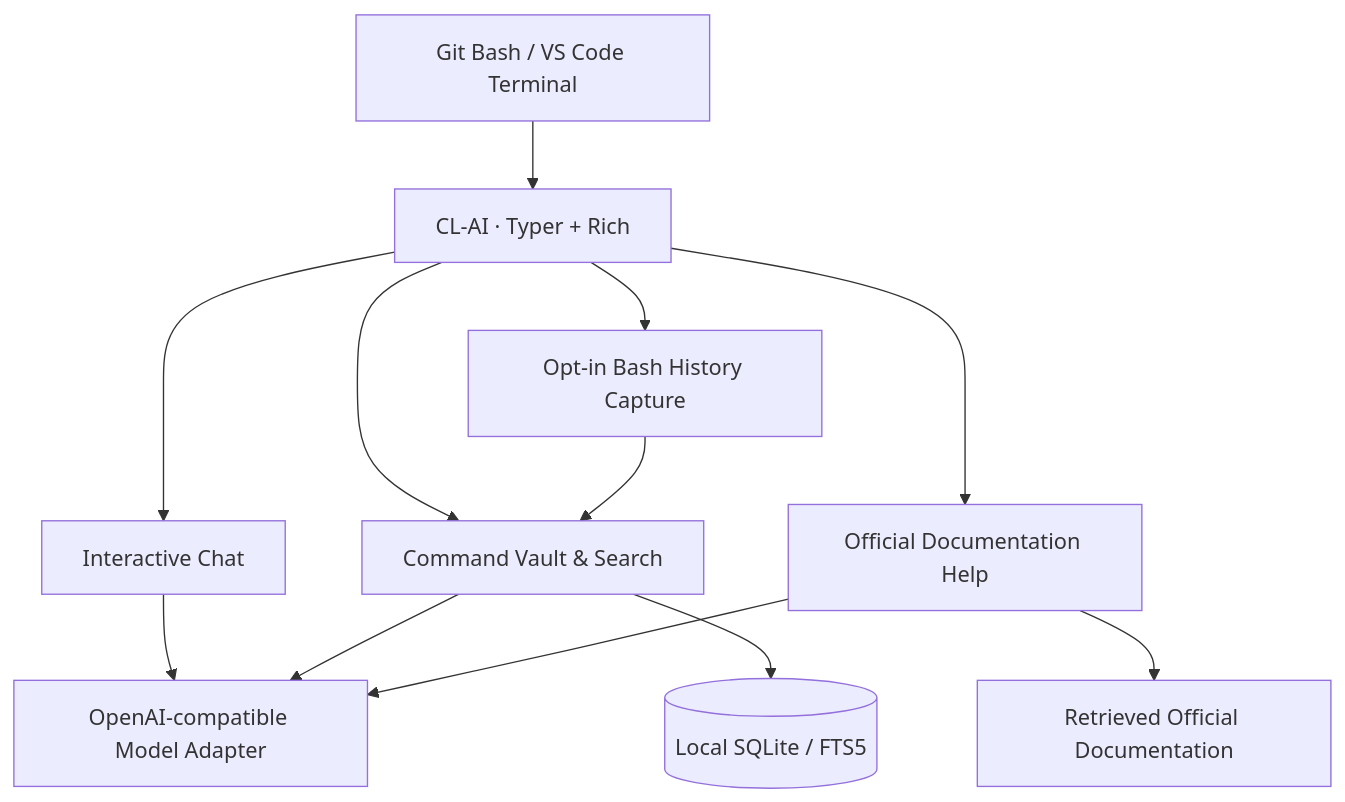
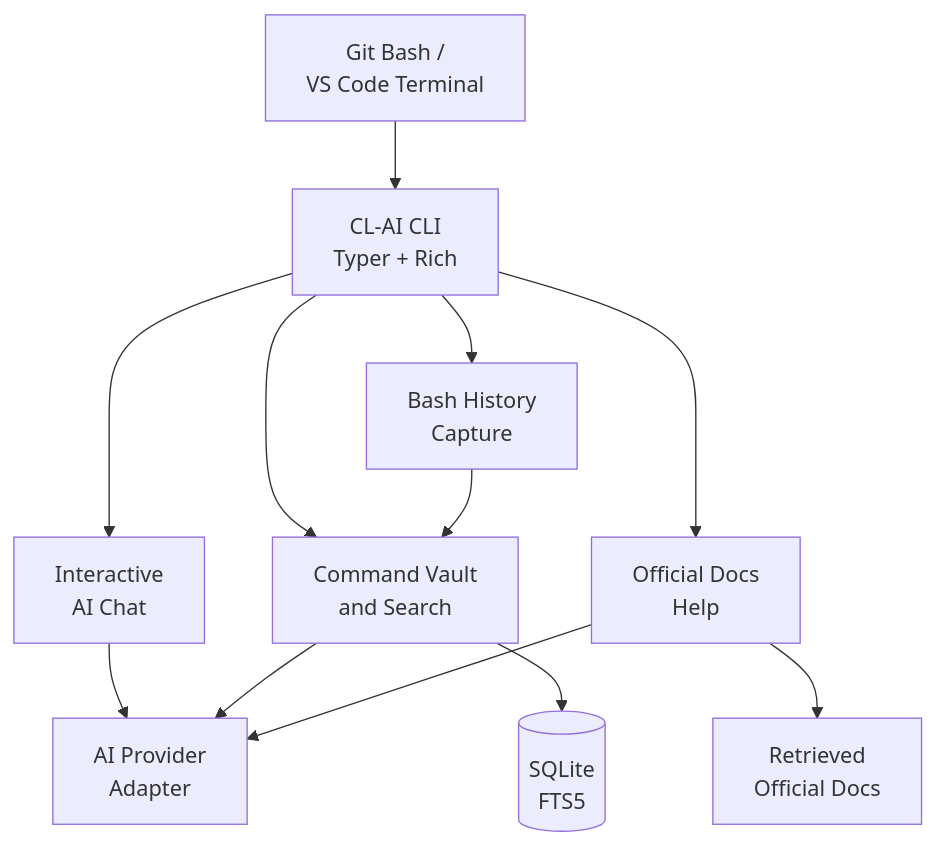
Before and after one commit to Fredrick-Tario/cl-ai: the diagram in README.md, drawn with Mermaid.

Commit message:
docs: improve architecture diagram readability

````diff
--- a/README.md
+++ b/README.md
@@ -54,14 +54,30 @@
 ```mermaid
+
 flowchart TD
-    User["Git Bash / VS Code Terminal"] --> CLI["CL-AI · Typer + Rich"]
-    CLI --> Chat["Interactive Chat"]
-    CLI --> Vault["Command Vault & Search"]
-    CLI --> Help["Official Documentation Help"]
-    CLI --> Bash["Opt-in Bash History Capture"]
-    Chat --> AI["OpenAI-compatible Model Adapter"]
-    Vault --> DB[("Local SQLite / FTS5")]
+    User["Git Bash /<br/>VS Code Terminal"]
+    CLI["CL-AI CLI<br/>Typer + Rich"]
+
+    Chat["Interactive<br/>AI Chat"]
+    Vault["Command Vault<br/>and Search"]
+    Help["Official Docs<br/>Help"]
+    Bash["Bash History<br/>Capture"]
+
+    AI["AI Provider<br/>Adapter"]
+    DB[("SQLite<br/>FTS5")]
+    Docs["Retrieved<br/>Official Docs"]
+
+    User --> CLI
+
+    CLI --> Chat
+    CLI --> Vault
+    CLI --> Help
+    CLI --> Bash
+
+    Chat --> AI
     Vault --> AI
-    Help --> Docs["Retrieved Official Documentation"]
+    Vault --> DB
+    Bash --> Vault
+    Help --> Docs
     Help --> AI
-    Bash --> Vault
+
 ```
````
